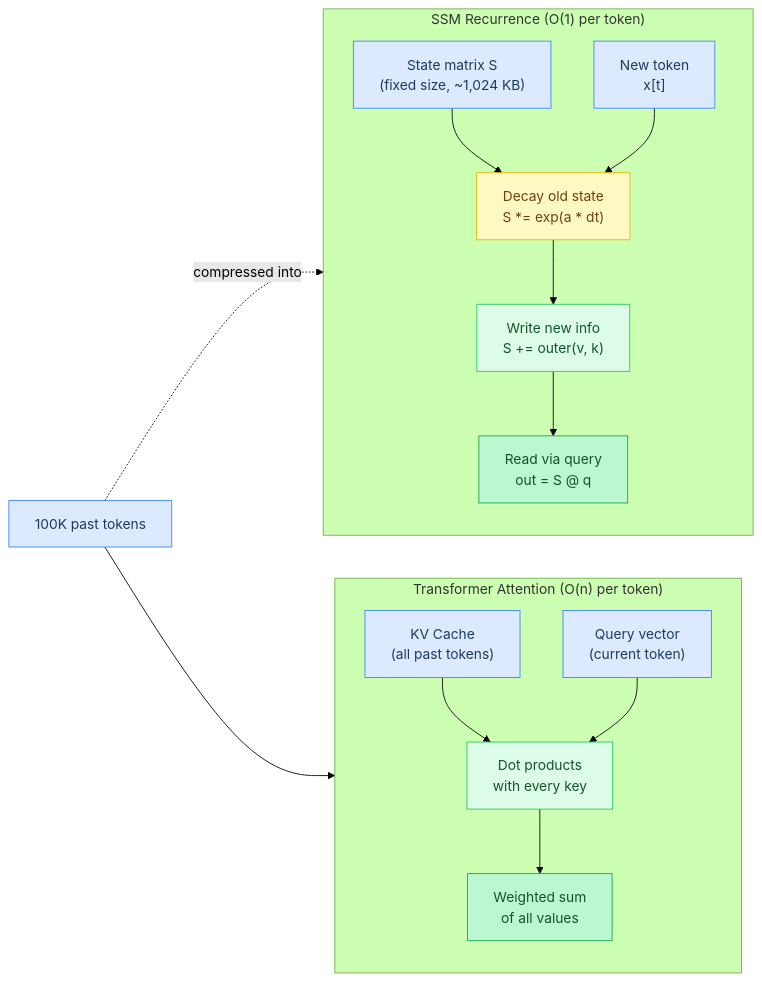
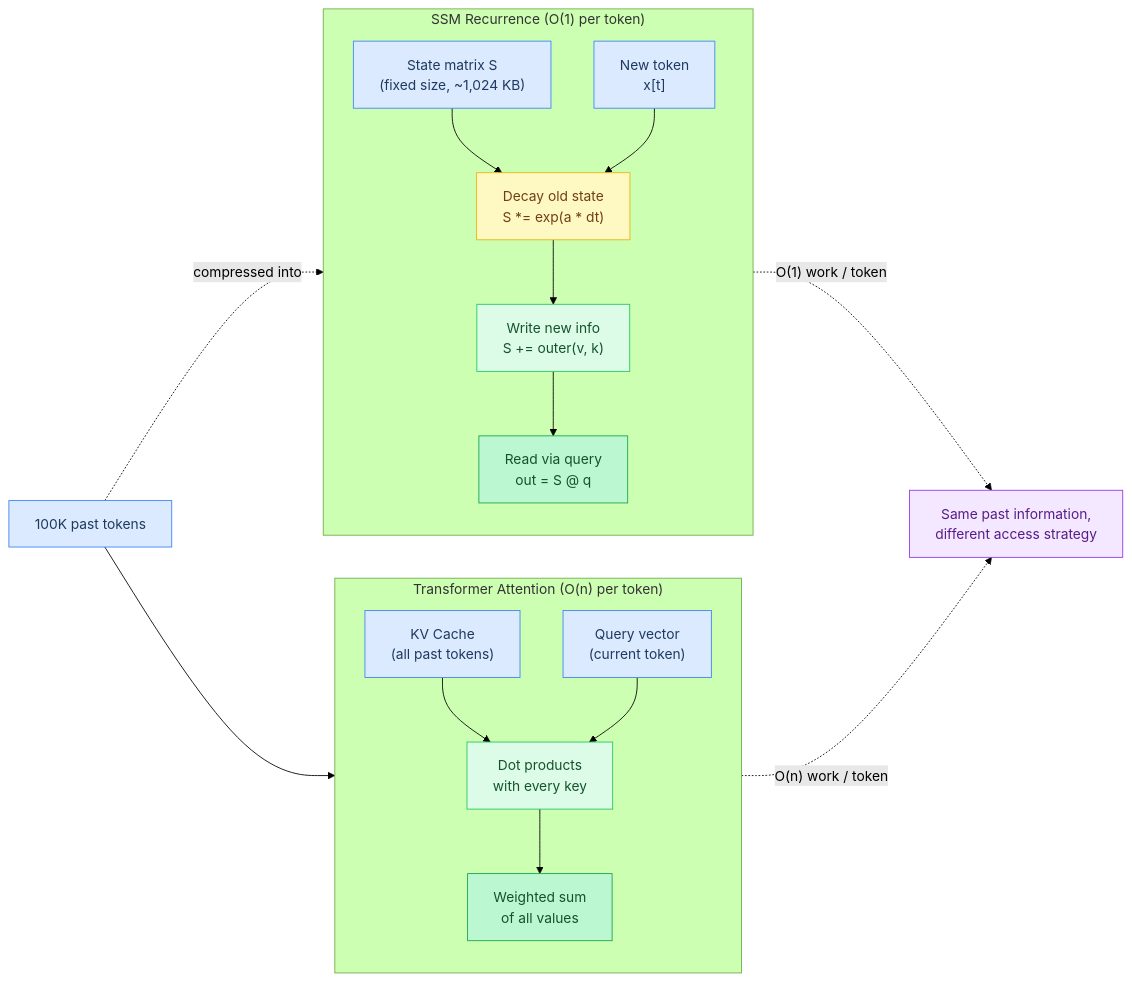
Before and after one commit to maci0/agave: the first of 6 diagrams in docs/tutorial/06-state-space-models.md, drawn with Mermaid (forest theme). The commit also changed other lines of this file and 2 other files, not shown here.

````diff
--- a/docs/tutorial/06-state-space-models.md
+++ b/docs/tutorial/06-state-space-models.md
@@ -40,36 +51,39 @@
 ```mermaid
 flowchart LR
     classDef setup     fill:#dbeafe,stroke:#3b82f6,color:#1e3a5f
     classDef sync      fill:#dcfce7,stroke:#22c55e,color:#14532d
     classDef migration fill:#fef9c3,stroke:#eab308,color:#713f12
     classDef success   fill:#bbf7d0,stroke:#16a34a,color:#14532d
     classDef danger    fill:#fee2e2,stroke:#ef4444,color:#7f1d1d
     classDef optional  fill:#f3e8ff,stroke:#9333ea,color:#581c87
 
     subgraph Attention["Transformer Attention (O(n) per token)"]
         direction TB
         KVCache["KV Cache\n(all past tokens)"]:::setup
         QVec["Query vector\n(current token)"]:::setup
         Scores["Dot products\nwith every key"]:::sync
         AttnOut["Weighted sum\nof all values"]:::success
         KVCache --> Scores
         QVec --> Scores
         Scores --> AttnOut
     end
 
     subgraph SSM["SSM Recurrence (O(1) per token)"]
         direction TB
         State["State matrix S\n(fixed size, ~1,024 KB)"]:::setup
         NewTok["New token\nx[t]"]:::setup
         Decay["Decay old state\nS *= exp(a * dt)"]:::migration
         Update["Write new info\nS += outer(v, k)"]:::sync
         Read["Read via query\nout = S @ q"]:::success
         State --> Decay
         NewTok --> Decay
         Decay --> Update
         Update --> Read
     end
 
     Past100K["100K past tokens"]:::setup --> KVCache
     Past100K -. "compressed into" .-> State
+
+    AttnOut -.->|"O(n) work / token"| Compare["Same past information,\ndifferent access strategy"]:::optional
+    Read -.->|"O(1) work / token"| Compare
 ```
````
